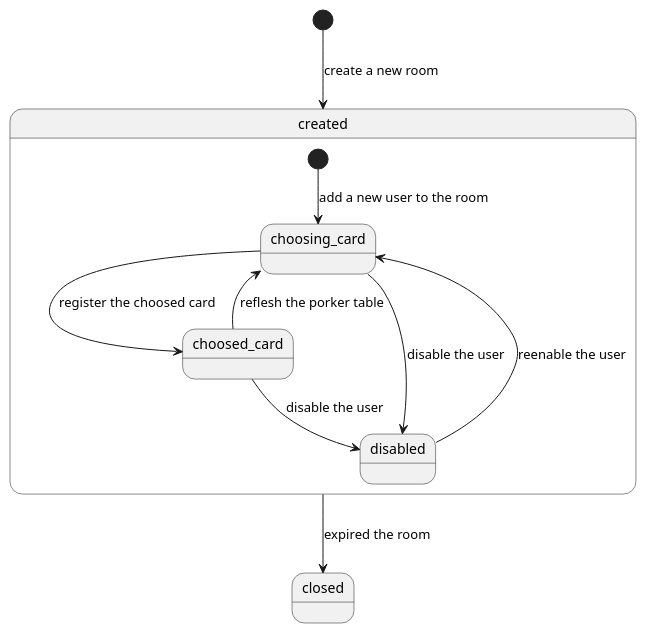
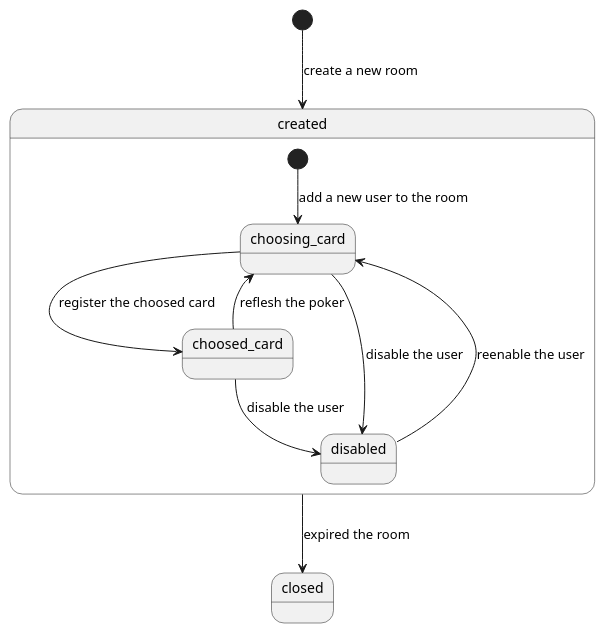
One commit to yuizho/salon changed the diagram in doc/product/state_transition.puml. Above: the diagram before and after it, drawn with PlantUML. The commit also changed 2 other files, not shown here.

```diff
--- a/doc/product/state_transition.puml
+++ b/doc/product/state_transition.puml
@@ -1,15 +1,15 @@
 @startuml
 
 [*] --> created: create a new room
 state created {
     [*] --> choosing_card: add a new user to the room
     choosing_card --> choosed_card: register the choosed card
-    choosed_card --> choosing_card: reflesh the porker table
+    choosed_card --> choosing_card: reflesh the poker
     choosing_card --> disabled: disable the user
     choosed_card --> disabled: disable the user
     disabled --> choosing_card: reenable the user
 }
 
 created --> closed: expired the room
 
 @enduml
```
